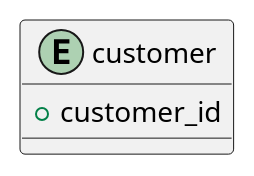
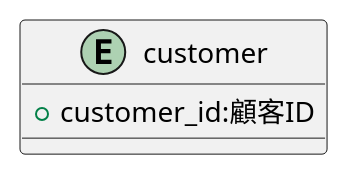
Before and after one commit to popoposorara/ERP_ER: the diagram in Entity/customer.pu, drawn with PlantUML. The commit also changed 5 other files, not shown here.

```diff
--- a/Entity/customer.pu
+++ b/Entity/customer.pu
@@ -1,7 +1,7 @@
 @startuml
 
 entity "customer"{
-    + customer_id
+    + customer_id:顧客ID
 }
 
 @enduml
```
